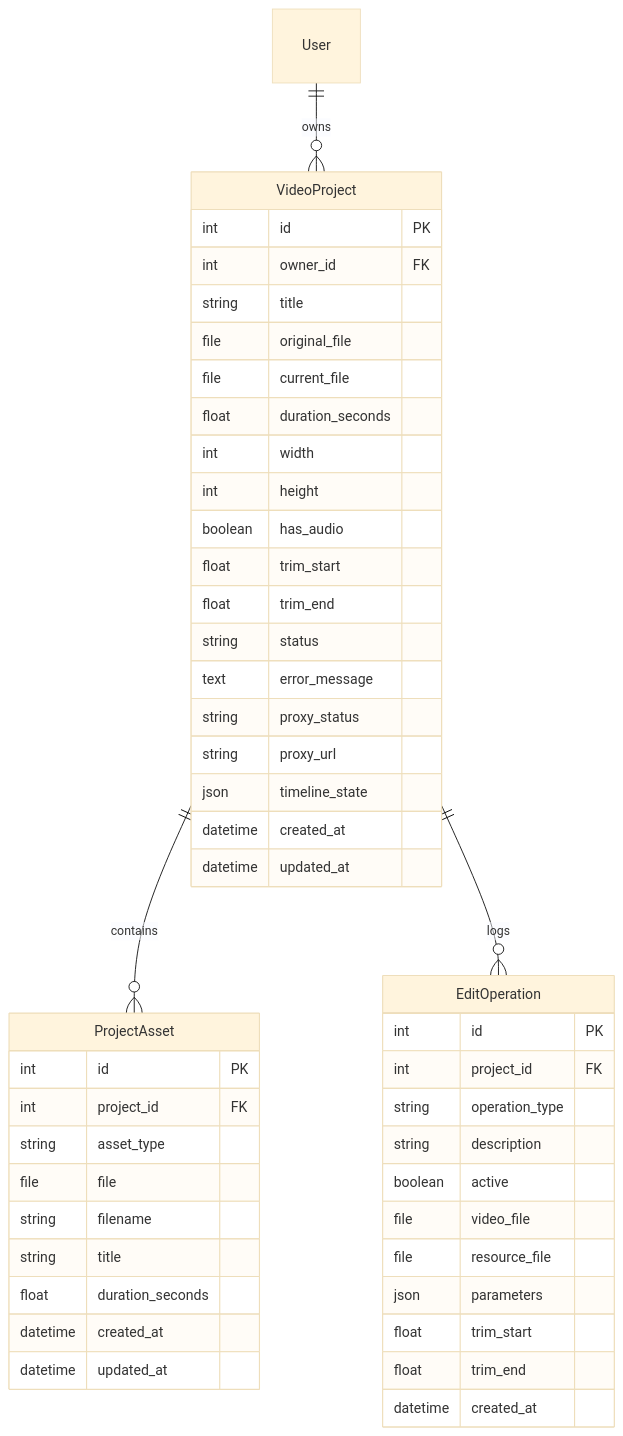
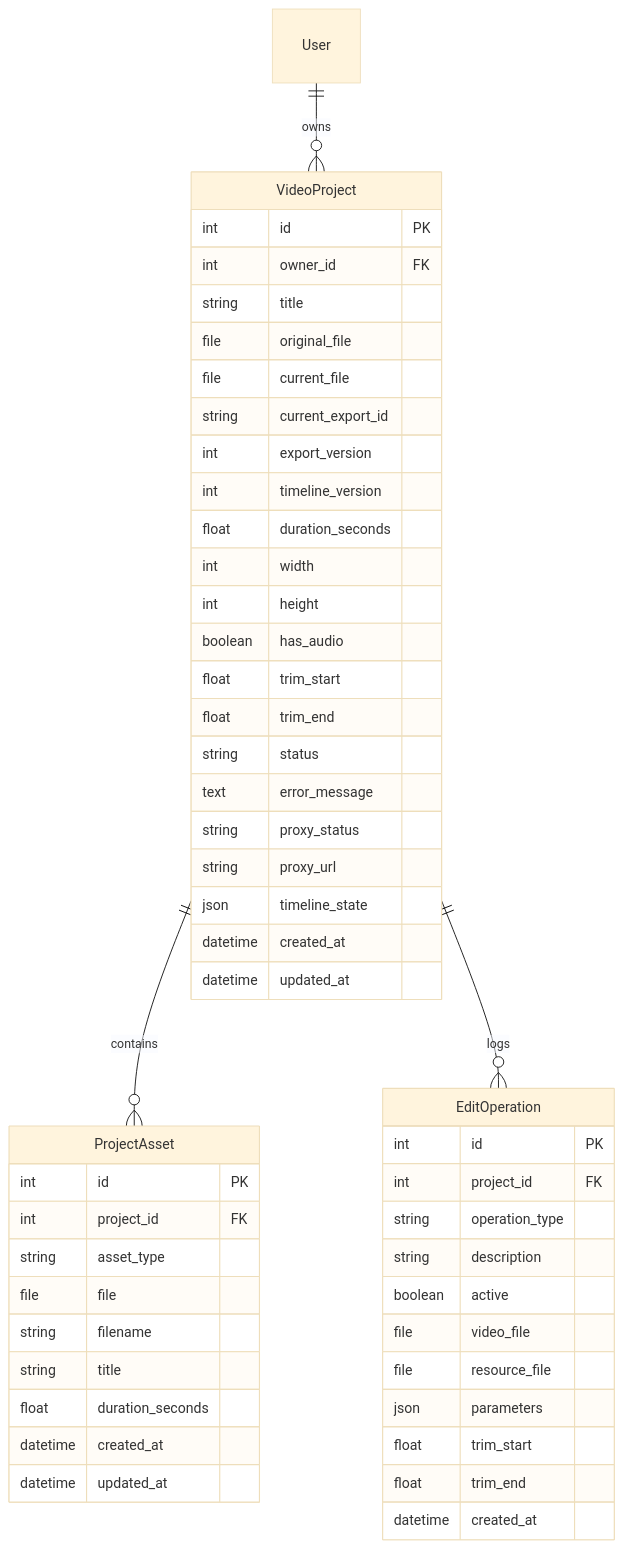
One commit to GauravSinghGit0/Edumi2 changed the second of 6 diagrams in docs/VIDEO_EDITING_DOCUMENTATION.md. Above: the diagram before and after it, drawn with Mermaid (base theme). The commit also changed other lines of this file and 24 other files, not shown here.

Commit message:
docs: add system architecture blueprint and camera port fixes

````diff
--- a/docs/VIDEO_EDITING_DOCUMENTATION.md
+++ b/docs/VIDEO_EDITING_DOCUMENTATION.md
@@ -89,53 +89,56 @@
 ```mermaid
 erDiagram
     User ||--o{ VideoProject : owns
     VideoProject ||--o{ ProjectAsset : contains
     VideoProject ||--o{ EditOperation : logs
 
     VideoProject {
         int id PK
         int owner_id FK
         string title
         file original_file
         file current_file
+        string current_export_id
+        int export_version
+        int timeline_version
         float duration_seconds
         int width
         int height
         boolean has_audio
         float trim_start
         float trim_end
         string status
         text error_message
         string proxy_status
         string proxy_url
         json timeline_state
         datetime created_at
         datetime updated_at
     }
 
     ProjectAsset {
         int id PK
         int project_id FK
         string asset_type
         file file
         string filename
         string title
         float duration_seconds
         datetime created_at
         datetime updated_at
     }
 
     EditOperation {
         int id PK
         int project_id FK
         string operation_type
         string description
         boolean active
         file video_file
         file resource_file
         json parameters
         float trim_start
         float trim_end
         datetime created_at
     }
 ```
````
